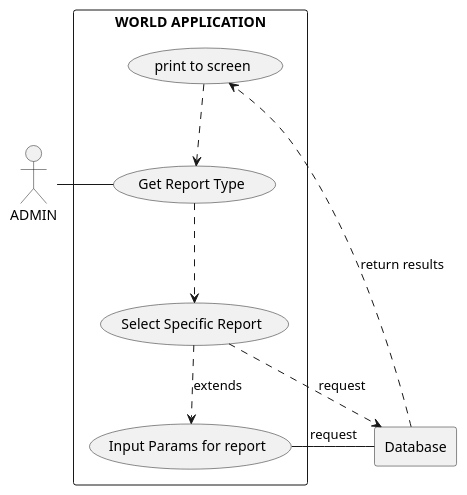
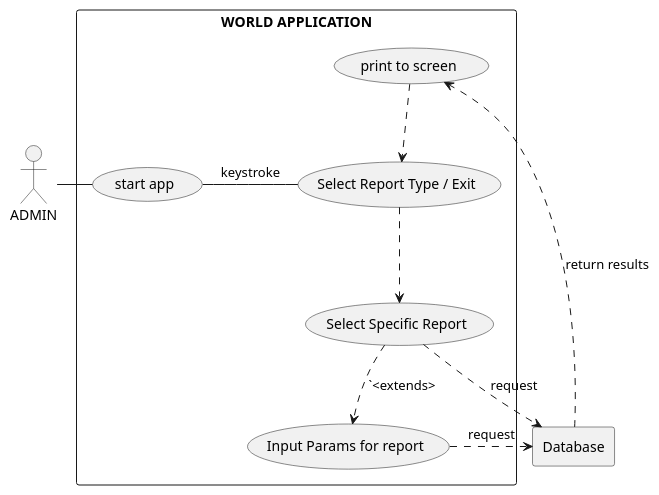
One commit to graemekean/sem changed the diagram in docs/WorldApp.puml. Above: the diagram before and after it, drawn with PlantUML.

Commit message:
Updated UML use case diagram

```diff
--- a/docs/WorldApp.puml
+++ b/docs/WorldApp.puml
@@ -1,26 +1,29 @@
 @startuml
 
 actor AD as "ADMIN"
 
 rectangle Database
 
 rectangle "WORLD APPLICATION" {
-    usecase UCa as "Get Report Type"
+    usecase UCa as "Select Report Type / Exit"
 
     usecase UCb as "Select Specific Report"
 
     usecase UCc as "Input Params for report"
 
     usecase UCd as "print to screen"
 
-    AD - UCa
+    usecase start as "start app"
+
+    AD - start
+    start - UCa : keystroke
     UCa ..> UCb
-     UCb ..> UCc : extends
+     UCb ..> UCc : `<extends>
      Database ..> UCd : return results
      UCd ..> UCa
      UCb ..> Database :request
 
-    UCc - Database : request
+    UCc ..> Database : request
 }
 
 @enduml
```
